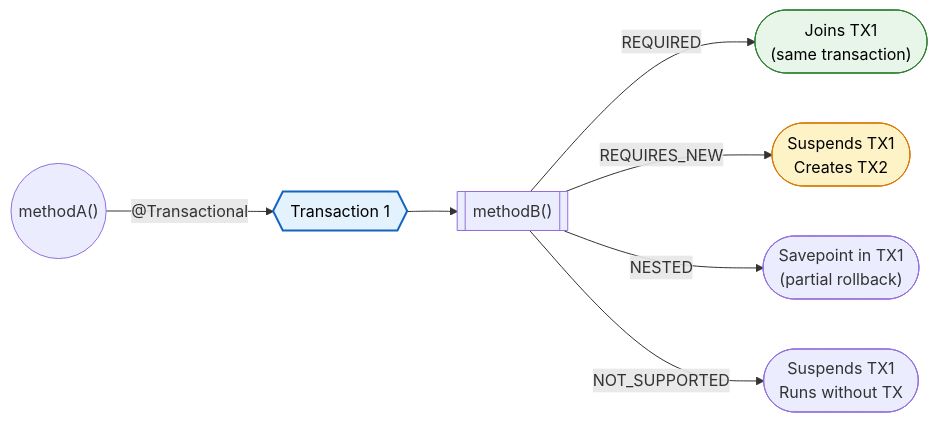
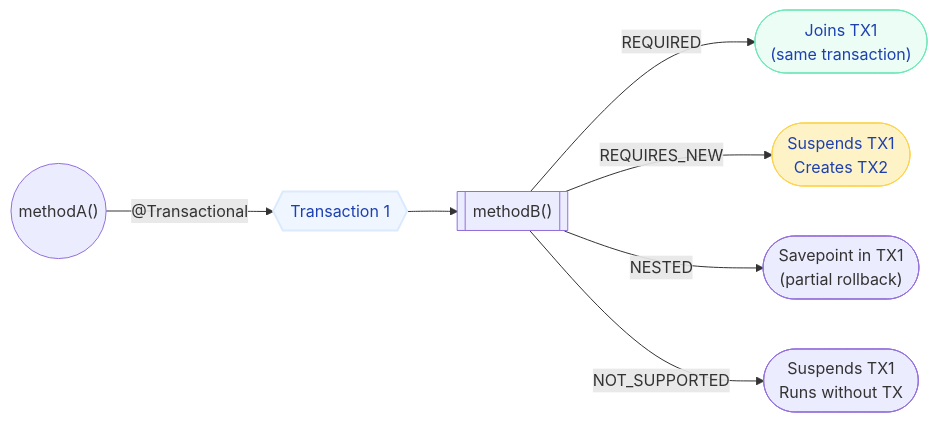
The second of 4 diagrams in docs/springboot/transactions.md (saivamsikaruturi/vamsilabs-dev-notes-main), drawn with Mermaid before and after one commit. The commit also changed other lines of this file and 220 other files, not shown here.

First line of the commit message:
Add 50+ new Java/Spring Boot pages, rewrite CSS code blocks to Oracle style, fix all diagram colors

````diff
--- a/docs/springboot/transactions.md
+++ b/docs/springboot/transactions.md
@@ -101,14 +101,14 @@
 ```mermaid
 flowchart LR
     M1(("methodA()")) -->|"@Transactional"| TX1{{"Transaction 1"}}
     TX1 --> M2[["methodB()"]]
     
     M2 -->|"REQUIRED"| J(["Joins TX1<br/>(same transaction)"])
     M2 -->|"REQUIRES_NEW"| N(["Suspends TX1<br/>Creates TX2"])
     M2 -->|"NESTED"| NS(["Savepoint in TX1<br/>(partial rollback)"])
     M2 -->|"NOT_SUPPORTED"| NO(["Suspends TX1<br/>Runs without TX"])
 
-    style TX1 fill:#E3F2FD,stroke:#1565C0,stroke-width:2px,color:#000
-    style J fill:#E8F5E9,stroke:#2E7D32,color:#000
-    style N fill:#FEF3C7,stroke:#D97706,color:#000
+    style TX1 fill:#EFF6FF,stroke:#DBEAFE,stroke-width:2px,color:#1E40AF
+    style J fill:#ECFDF5,stroke:#6EE7B7,color:#1E40AF
+    style N fill:#FEF3C7,stroke:#FCD34D,color:#1E40AF
 ```
````
